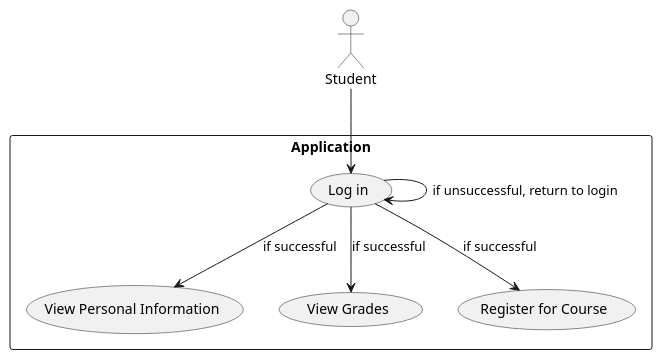
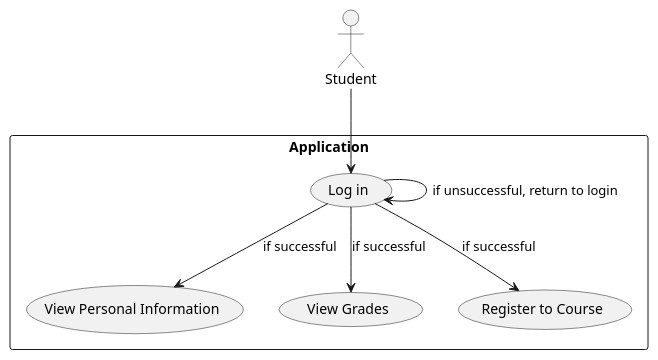
One commit to Ohjelmistoprojekti2025/peppiExample changed the diagram in UML/myUseCase.puml. Above: the diagram before and after it, drawn with PlantUML. The commit also changed 2 other files, not shown here.

Commit message:
sequence diagram edited

```diff
--- a/UML/myUseCase.puml
+++ b/UML/myUseCase.puml
@@ -1,18 +1,20 @@
 @startuml
 
 actor Student
 
 rectangle Application {
     usecase "Log in" as UC_Login
     usecase "View Personal Information" as UC_ViewInfo
     usecase "View Grades" as UC_ViewGrades
-    usecase "Register for Course" as UC_RegisterCourse
+    usecase "Register to Course" as UC_RegisterCourse
+
 }
 
 Student --> UC_Login
 UC_Login --> UC_ViewInfo : "if successful"
 UC_Login --> UC_ViewGrades : "if successful"
 UC_Login --> UC_RegisterCourse : "if successful"
 UC_Login --> UC_Login : "if unsuccessful, return to login"
 
+
 @enduml
```
